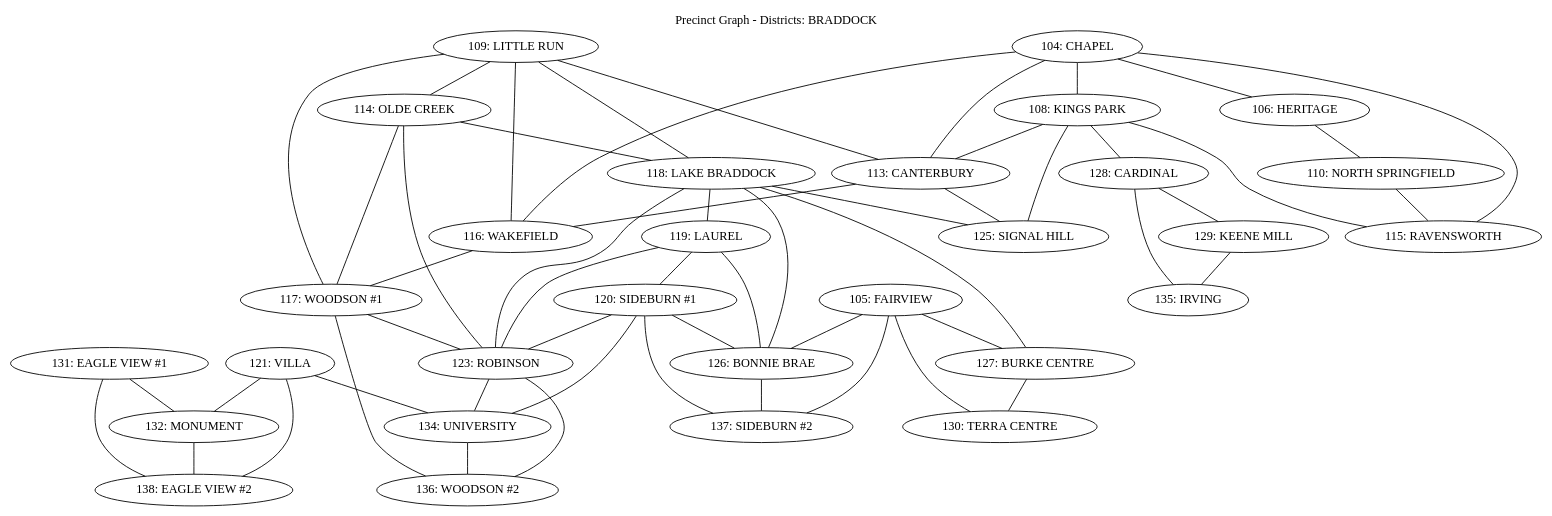
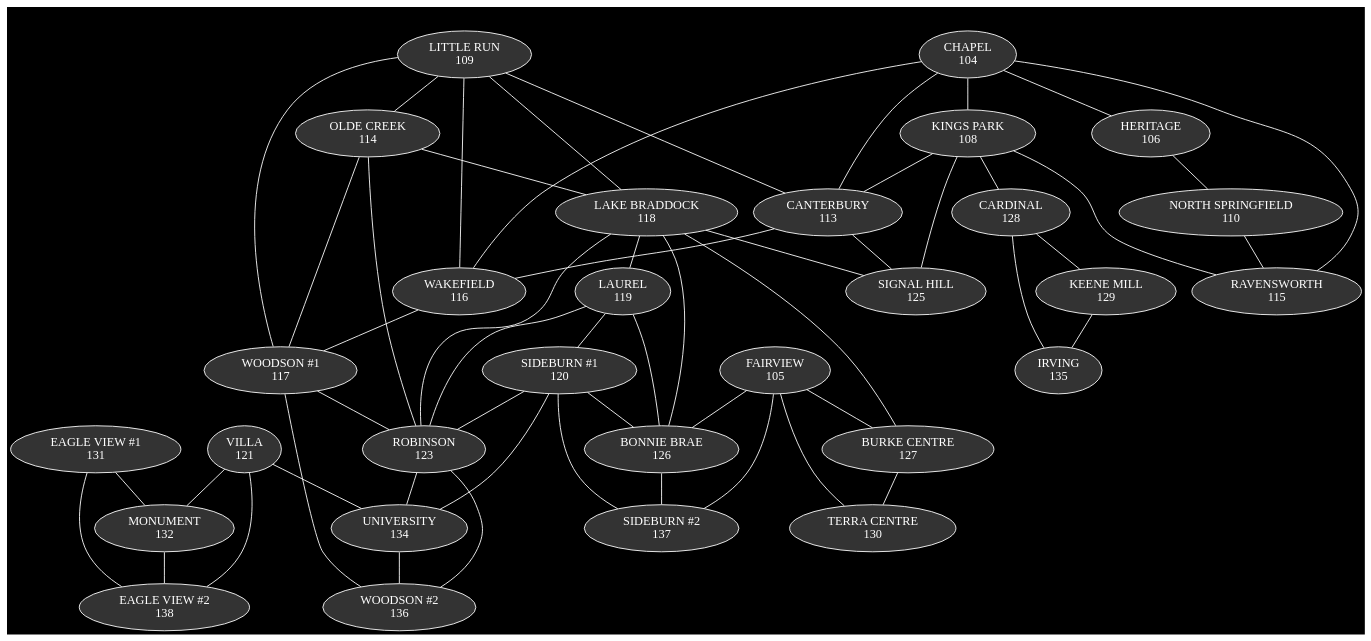
The diagram in data/precinct_graph.dot (osistlk/Documents), drawn with Graphviz before and after one commit. The commit also changed 2 other files, not shown here.

Commit message:
Enhance precinct graph visualization with improved styling and node labels

```diff
--- a/data/precinct_graph.dot
+++ b/data/precinct_graph.dot
@@ -1,89 +1,90 @@
 graph precinct_graph {
-label="Precinct Graph - Districts: BRADDOCK";
-labelloc="t";
-node [shape=ellipse];
-edge [color=black];
-138 [label="138: EAGLE VIEW #2"];
-137 [label="137: SIDEBURN #2"];
-136 [label="136: WOODSON #2"];
-135 [label="135: IRVING"];
-134 [label="134: UNIVERSITY"];
-134 -- 136;
-132 [label="132: MONUMENT"];
-132 -- 138;
-131 [label="131: EAGLE VIEW #1"];
-131 -- 132;
-131 -- 138;
-130 [label="130: TERRA CENTRE"];
-129 [label="129: KEENE MILL"];
-129 -- 135;
-128 [label="128: CARDINAL"];
-128 -- 129;
-128 -- 135;
-127 [label="127: BURKE CENTRE"];
-127 -- 130;
-126 [label="126: BONNIE BRAE"];
-126 -- 137;
-125 [label="125: SIGNAL HILL"];
-123 [label="123: ROBINSON"];
-123 -- 134;
-123 -- 136;
-121 [label="121: VILLA"];
-121 -- 132;
-121 -- 134;
-121 -- 138;
-120 [label="120: SIDEBURN #1"];
-120 -- 123;
-120 -- 126;
-120 -- 134;
-120 -- 137;
-119 [label="119: LAUREL"];
-119 -- 120;
-119 -- 123;
-119 -- 126;
-118 [label="118: LAKE BRADDOCK"];
-118 -- 119;
-118 -- 123;
-118 -- 125;
-118 -- 126;
-118 -- 127;
-117 [label="117: WOODSON #1"];
-117 -- 123;
-117 -- 136;
-116 [label="116: WAKEFIELD"];
-116 -- 117;
-115 [label="115: RAVENSWORTH"];
-114 [label="114: OLDE CREEK"];
-114 -- 117;
-114 -- 118;
-114 -- 123;
-113 [label="113: CANTERBURY"];
-113 -- 116;
-113 -- 125;
-110 [label="110: NORTH SPRINGFIELD"];
-110 -- 115;
-109 [label="109: LITTLE RUN"];
-109 -- 113;
-109 -- 114;
-109 -- 116;
-109 -- 117;
-109 -- 118;
-108 [label="108: KINGS PARK"];
-108 -- 113;
-108 -- 115;
-108 -- 125;
-108 -- 128;
-106 [label="106: HERITAGE"];
-106 -- 110;
-105 [label="105: FAIRVIEW"];
-105 -- 126;
-105 -- 127;
-105 -- 130;
-105 -- 137;
-104 [label="104: CHAPEL"];
-104 -- 106;
-104 -- 108;
-104 -- 113;
-104 -- 115;
-104 -- 116;
+    label = "Precinct Graph - Districts: BRADDOCK";
+    labelloc = "t";
+    bgcolor = "black";
+    node [shape = ellipse; fontcolor = "white"; color = "white"; style = "filled"; fillcolor = "gray20";];
+    edge [color = "white";];
+    138 [label = "EAGLE VIEW #2\n138";];
+    137 [label = "SIDEBURN #2\n137";];
+    136 [label = "WOODSON #2\n136";];
+    135 [label = "IRVING\n135";];
+    134 [label = "UNIVERSITY\n134";];
+    134 -- 136;
+    132 [label = "MONUMENT\n132";];
+    132 -- 138;
+    131 [label = "EAGLE VIEW #1\n131";];
+    131 -- 132;
+    131 -- 138;
+    130 [label = "TERRA CENTRE\n130";];
+    129 [label = "KEENE MILL\n129";];
+    129 -- 135;
+    128 [label = "CARDINAL\n128";];
+    128 -- 129;
+    128 -- 135;
+    127 [label = "BURKE CENTRE\n127";];
+    127 -- 130;
+    126 [label = "BONNIE BRAE\n126";];
+    126 -- 137;
+    125 [label = "SIGNAL HILL\n125";];
+    123 [label = "ROBINSON\n123";];
+    123 -- 134;
+    123 -- 136;
+    121 [label = "VILLA\n121";];
+    121 -- 132;
+    121 -- 134;
+    121 -- 138;
+    120 [label = "SIDEBURN #1\n120";];
+    120 -- 123;
+    120 -- 126;
+    120 -- 134;
+    120 -- 137;
+    119 [label = "LAUREL\n119";];
+    119 -- 120;
+    119 -- 123;
+    119 -- 126;
+    118 [label = "LAKE BRADDOCK\n118";];
+    118 -- 119;
+    118 -- 123;
+    118 -- 125;
+    118 -- 126;
+    118 -- 127;
+    117 [label = "WOODSON #1\n117";];
+    117 -- 123;
+    117 -- 136;
+    116 [label = "WAKEFIELD\n116";];
+    116 -- 117;
+    115 [label = "RAVENSWORTH\n115";];
+    114 [label = "OLDE CREEK\n114";];
+    114 -- 117;
+    114 -- 118;
+    114 -- 123;
+    113 [label = "CANTERBURY\n113";];
+    113 -- 116;
+    113 -- 125;
+    110 [label = "NORTH SPRINGFIELD\n110";];
+    110 -- 115;
+    109 [label = "LITTLE RUN\n109";];
+    109 -- 113;
+    109 -- 114;
+    109 -- 116;
+    109 -- 117;
+    109 -- 118;
+    108 [label = "KINGS PARK\n108";];
+    108 -- 113;
+    108 -- 115;
+    108 -- 125;
+    108 -- 128;
+    106 [label = "HERITAGE\n106";];
+    106 -- 110;
+    105 [label = "FAIRVIEW\n105";];
+    105 -- 126;
+    105 -- 127;
+    105 -- 130;
+    105 -- 137;
+    104 [label = "CHAPEL\n104";];
+    104 -- 106;
+    104 -- 108;
+    104 -- 113;
+    104 -- 115;
+    104 -- 116;
 }
```
